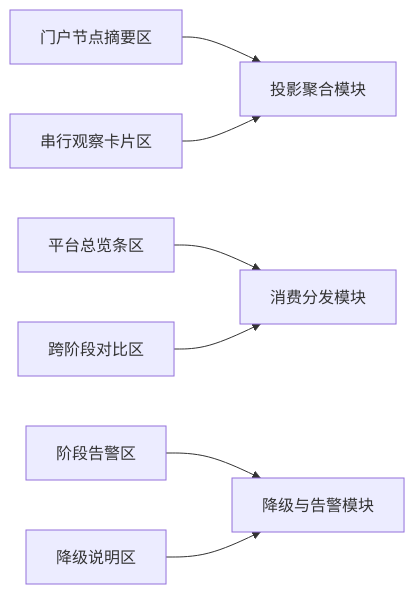
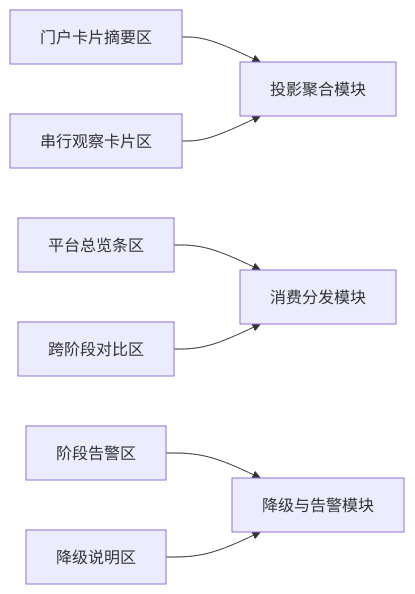
Before and after one commit to wgwtest/CodeFactoryV2: the fourth of 4 diagrams in DOC/CODEX_DOC/02_设计说明/P6_门户与平台入口/P6.2-跨阶段只读集成与状态投影设计.md, drawn with Mermaid. The commit also changed other lines of this file and 94 other files, not shown here.

````diff
--- a/DOC/CODEX_DOC/02_设计说明/P6_门户与平台入口/P6.2-跨阶段只读集成与状态投影设计.md
+++ b/DOC/CODEX_DOC/02_设计说明/P6_门户与平台入口/P6.2-跨阶段只读集成与状态投影设计.md
@@ -556,9 +606,9 @@
 ```mermaid
 flowchart LR
-    V1["门户节点摘要区"] --> M4["投影聚合模块"]
+    V1["门户卡片摘要区"] --> M4["投影聚合模块"]
     V2["串行观察卡片区"] --> M4
     V3["平台总览条区"] --> M6["消费分发模块"]
     V4["阶段告警区"] --> M5["降级与告警模块"]
     V5["降级说明区"] --> M5
     V6["跨阶段对比区"] --> M6
 ```
````
